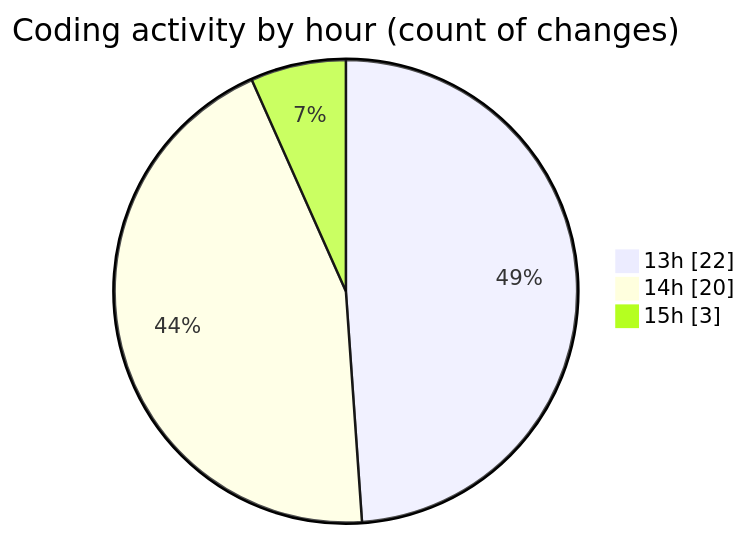
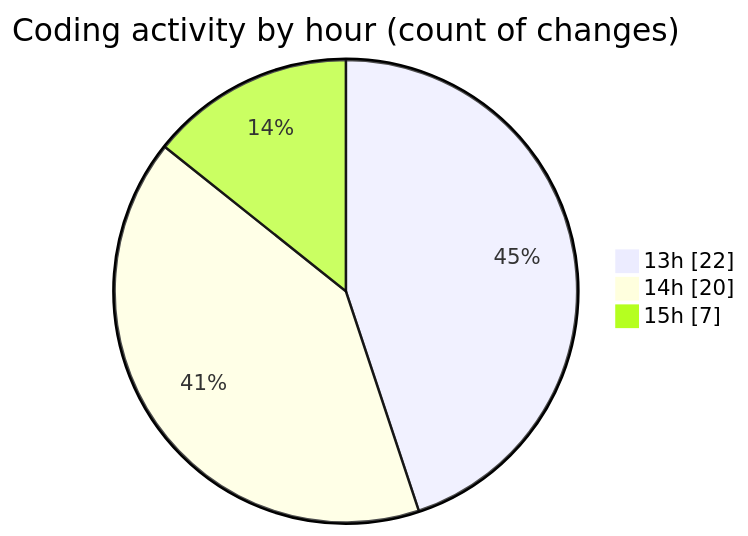
The second of 2 diagrams in 2025-02-24/drivers_app/README.md (donsfak/code-tracking), drawn with Mermaid before and after one commit. The commit also changed other lines of this file and 1 other file, not shown here.

````diff
--- a/2025-02-24/drivers_app/README.md
+++ b/2025-02-24/drivers_app/README.md
@@ -38,7 +38,7 @@
 ```mermaid
 pie showData
 title Coding activity by hour (count of changes)
 "13h" : 22
 "14h" : 20
-"15h" : 3
+"15h" : 7
 ```
````
